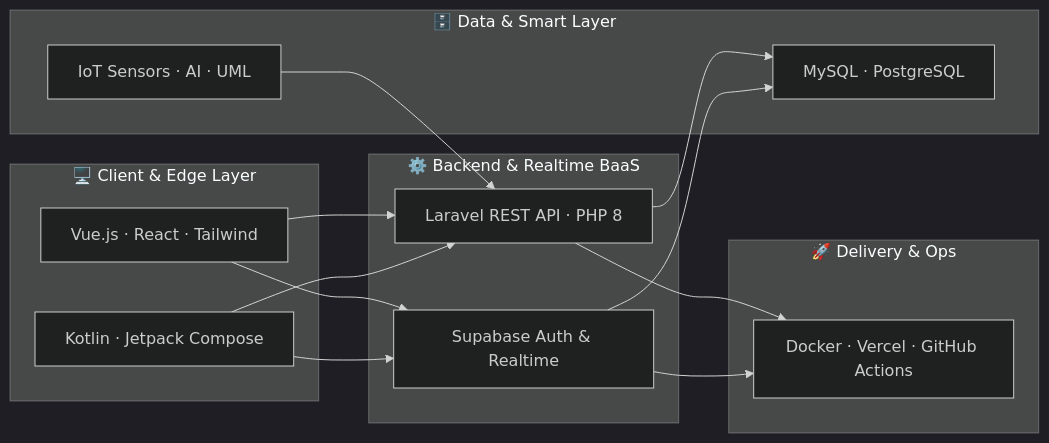
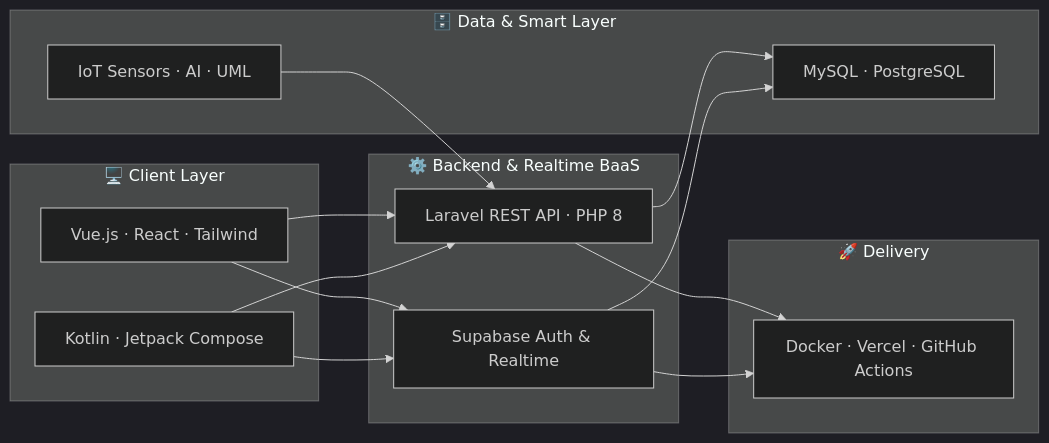
The diagram in README.md (raztven/raztven), drawn with Mermaid (dark theme) before and after one commit. The commit also changed other lines of this file and 386 other files, not shown here.

````diff
--- a/README.md
+++ b/README.md
@@ -39,31 +31,31 @@
 ```mermaid
 flowchart LR
-  subgraph Client["🖥️ Client & Edge Layer"]
+  subgraph Client["🖥️ Client Layer"]
     Web["Vue.js · React · Tailwind"]
     Mobile["Kotlin · Jetpack Compose"]
   end
 
   subgraph Core["⚙️ Backend & Realtime BaaS"]
     API["Laravel REST API · PHP 8"]
     BaaS["Supabase Auth & Realtime"]
   end
 
   subgraph Data["🗄️ Data & Smart Layer"]
     DB["MySQL · PostgreSQL"]
     IoT["IoT Sensors · AI · UML"]
   end
 
-  subgraph Ops["🚀 Delivery & Ops"]
+  subgraph Ops["🚀 Delivery"]
     Ship["Docker · Vercel · GitHub Actions"]
   end
 
   Web --> API
   Web --> BaaS
   Mobile --> API
   Mobile --> BaaS
   API --> DB
   BaaS --> DB
   IoT --> API
   API --> Ship
   BaaS --> Ship
 ```
````
